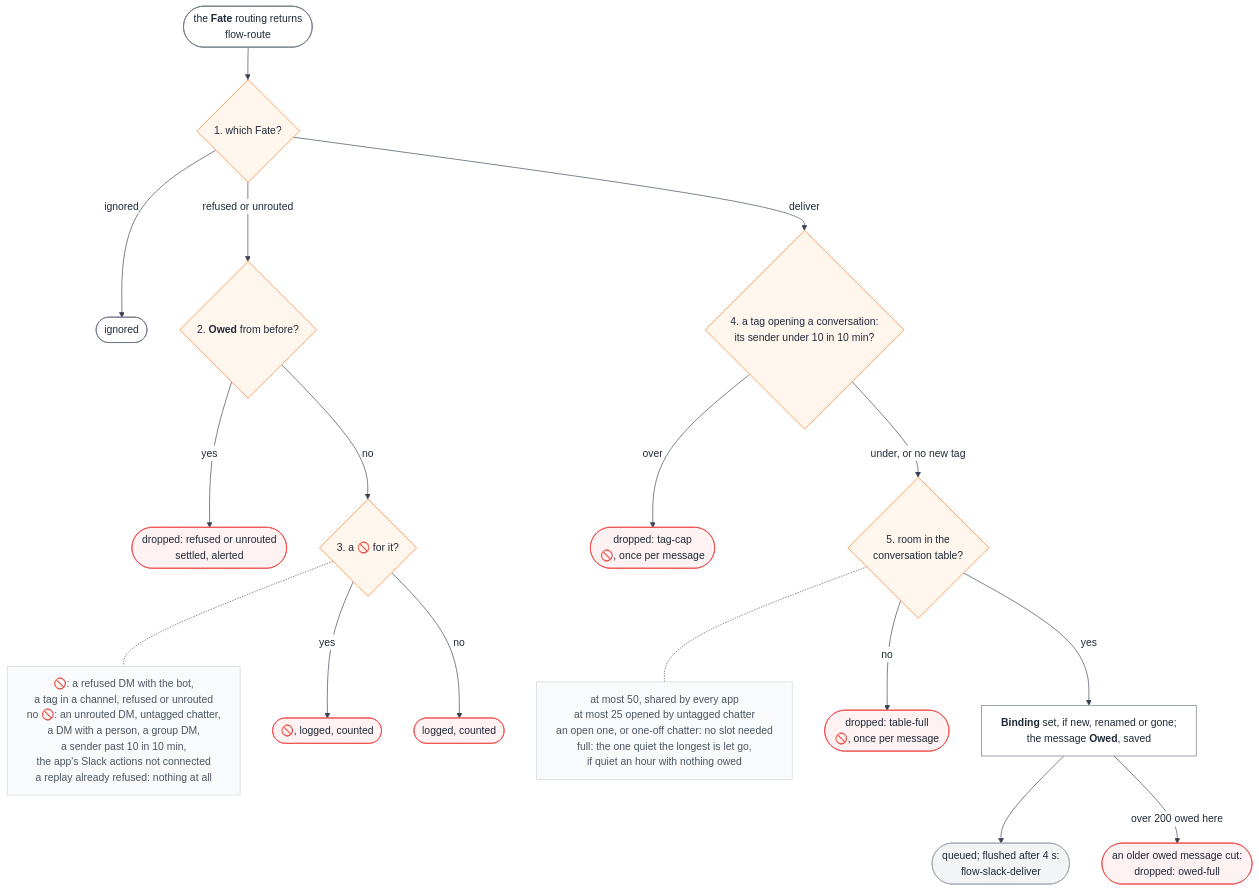
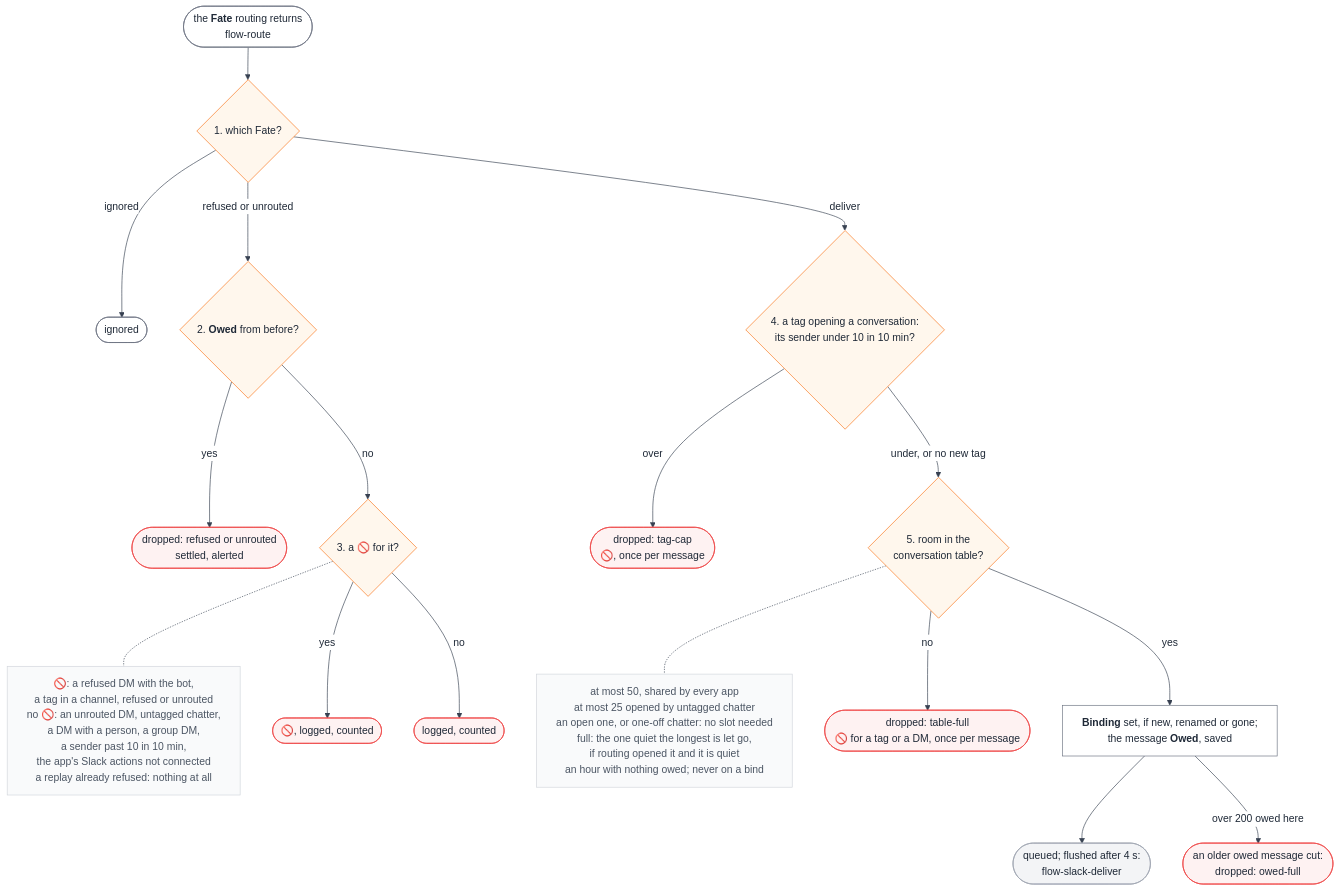
The diagram in diagrams/flow-slack-fate.mmd (sf8193/hydra), drawn with Mermaid before and after one commit. The commit also changed 5 other files, not shown here.

Commit message:
Review: evict only on an inbound message, never a hand-bound conversation; 🚫 only for a tag or DM; eviction alerts once per episode

```diff
--- a/diagrams/flow-slack-fate.mmd
+++ b/diagrams/flow-slack-fate.mmd
@@ -1,49 +1,49 @@
 %%{init: {"theme":"base","themeVariables":{"background":"#ffffff","primaryColor":"#ffffff","primaryBorderColor":"#6b7280","primaryTextColor":"#1f2937","lineColor":"#374151","clusterBkg":"#ffffff","clusterBorder":"#d1d5db"},"flowchart":{"wrappingWidth":420,"useMaxWidth":false}}}%%
 %% What does the Slack connector do with each Fate routing returns?
 %% ConversationTable.classify after route(), connectors/slack/watch.ts:834-871; refuse, :954; enqueue, :920.
 %% Before: flow-route. Next: flow-slack-deliver. Every box's source: diagrams/flow-slack-fate.sources.md.
 flowchart TD
   in(["the <b>Fate</b> routing returns<br/>flow-route"])
   g1{"1. which Fate?"}
   ign(["ignored"])
   g2{"2. <b>Owed</b> from before?"}
   rdrop(["dropped: refused or unrouted<br/>settled, alerted"])
   g3{"3. a 🚫 for it?"}
   n3["🚫: a refused DM with the bot,<br/>a tag in a channel, refused or unrouted<br/>no 🚫: an unrouted DM, untagged chatter,<br/>a DM with a person, a group DM,<br/>a sender past 10 in 10 min,<br/>the app's Slack actions not connected<br/>a replay already refused: nothing at all"]
   react(["🚫, logged, counted"])
   quiet(["logged, counted"])
   g4{"4. a tag opening a conversation:<br/>its sender under 10 in 10 min?"}
   tdrop(["dropped: tag-cap<br/>🚫, once per message"])
   g5{"5. room in the<br/>conversation table?"}
-  n5["at most 50, shared by every app<br/>at most 25 opened by untagged chatter<br/>an open one, or one-off chatter: no slot needed<br/>full: the one quiet the longest is let go,<br/>if quiet an hour with nothing owed"]
-  fdrop(["dropped: table-full<br/>🚫, once per message"])
+  n5["at most 50, shared by every app<br/>at most 25 opened by untagged chatter<br/>an open one, or one-off chatter: no slot needed<br/>full: the one quiet the longest is let go,<br/>if routing opened it and it is quiet<br/>an hour with nothing owed; never on a bind"]
+  fdrop(["dropped: table-full<br/>🚫 for a tag or a DM, once per message"])
   owe["<b>Binding</b> set, if new, renamed or gone;<br/>the message <b>Owed</b>, saved"]
   cut(["an older owed message cut:<br/>dropped: owed-full"])
   q(["queued; flushed after 4 s:<br/>flow-slack-deliver"])
 
   in --> g1
   g1 -->|ignored| ign
   g1 -->|"refused or unrouted"| g2
   g1 -->|deliver| g4
   g2 -->|yes| rdrop
   g2 -->|no| g3
   g3 -.- n3
   g3 -->|yes| react
   g3 -->|no| quiet
   g4 -->|over| tdrop
   g4 -->|"under, or no new tag"| g5
   g5 -.- n5
   g5 -->|no| fdrop
   g5 -->|yes| owe
   owe --> q
   owe -->|"over 200 owed here"| cut
 
   classDef gate fill:#fff7ed,stroke:#f97316,color:#1f2937
   classDef stop fill:#fef2f2,stroke:#ef4444,color:#1f2937
   classDef wait fill:#f3f4f6,stroke:#9ca3af,color:#1f2937
   classDef done fill:#ecfdf5,stroke:#10b981,color:#1f2937
   classDef note fill:#f9fafb,stroke:#d1d5db,color:#4b5563
   class g1,g2,g3,g4,g5 gate
   class rdrop,react,quiet,tdrop,fdrop,cut stop
   class q wait
   class n3,n5 note
```
